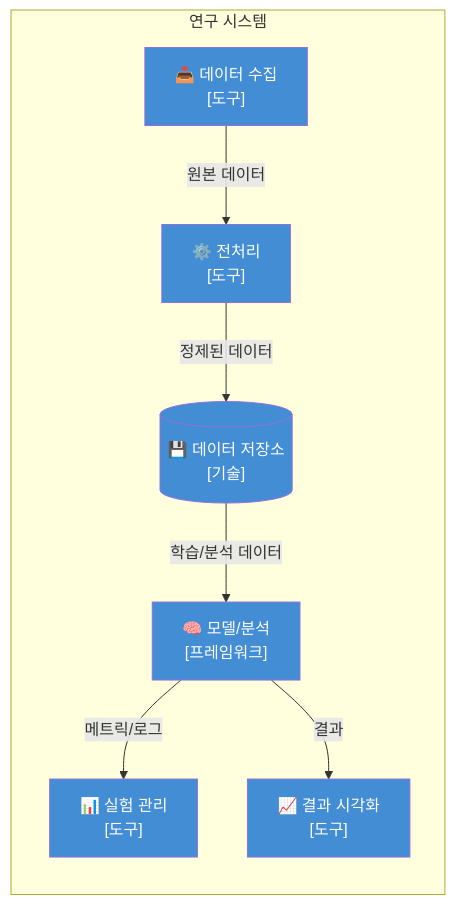
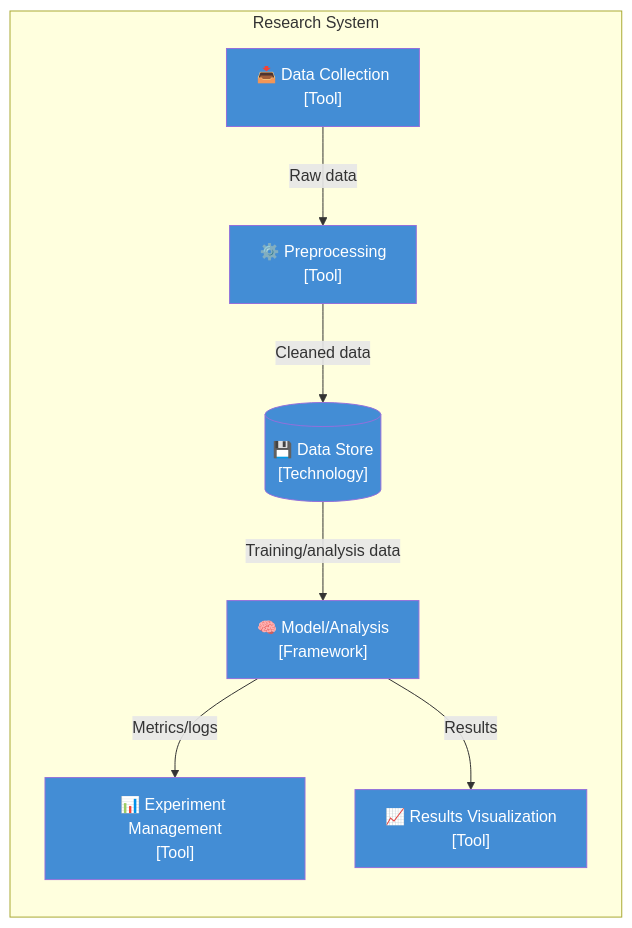
One commit to Jacod97/Agents_Skills_for_Researcher changed the second of 2 diagrams in architecture-designer/SKILL.md. Above: the diagram before and after it, drawn with Mermaid. The commit also changed other lines of this file and 27 other files, not shown here.

````diff
--- a/architecture-designer/SKILL.md
+++ b/architecture-designer/SKILL.md
@@ -102,24 +103,24 @@
 ```mermaid
 graph LR
-    subgraph system ["연구 시스템"]
-        COLLECT["📥 데이터 수집<br/>[도구]"]
-        PREPROCESS["⚙️ 전처리<br/>[도구]"]
-        STORE[("💾 데이터 저장소<br/>[기술]")]
-        MODEL["🧠 모델/분석<br/>[프레임워크]"]
-        EXPERIMENT["📊 실험 관리<br/>[도구]"]
-        VISUALIZE["📈 결과 시각화<br/>[도구]"]
+    subgraph system ["Research System"]
+        COLLECT["📥 Data Collection<br/>[Tool]"]
+        PREPROCESS["⚙️ Preprocessing<br/>[Tool]"]
+        STORE[("💾 Data Store<br/>[Technology]")]
+        MODEL["🧠 Model/Analysis<br/>[Framework]"]
+        EXPERIMENT["📊 Experiment Management<br/>[Tool]"]
+        VISUALIZE["📈 Results Visualization<br/>[Tool]"]
     end
 
-    COLLECT -->|"원본 데이터"| PREPROCESS
-    PREPROCESS -->|"정제된 데이터"| STORE
-    STORE -->|"학습/분석 데이터"| MODEL
-    MODEL -->|"메트릭/로그"| EXPERIMENT
-    MODEL -->|"결과"| VISUALIZE
+    COLLECT -->|"Raw data"| PREPROCESS
+    PREPROCESS -->|"Cleaned data"| STORE
+    STORE -->|"Training/analysis data"| MODEL
+    MODEL -->|"Metrics/logs"| EXPERIMENT
+    MODEL -->|"Results"| VISUALIZE
 
     style COLLECT fill:#438DD5,color:#fff
     style PREPROCESS fill:#438DD5,color:#fff
     style STORE fill:#438DD5,color:#fff
     style MODEL fill:#438DD5,color:#fff
     style EXPERIMENT fill:#438DD5,color:#fff
     style VISUALIZE fill:#438DD5,color:#fff
 ```
````
